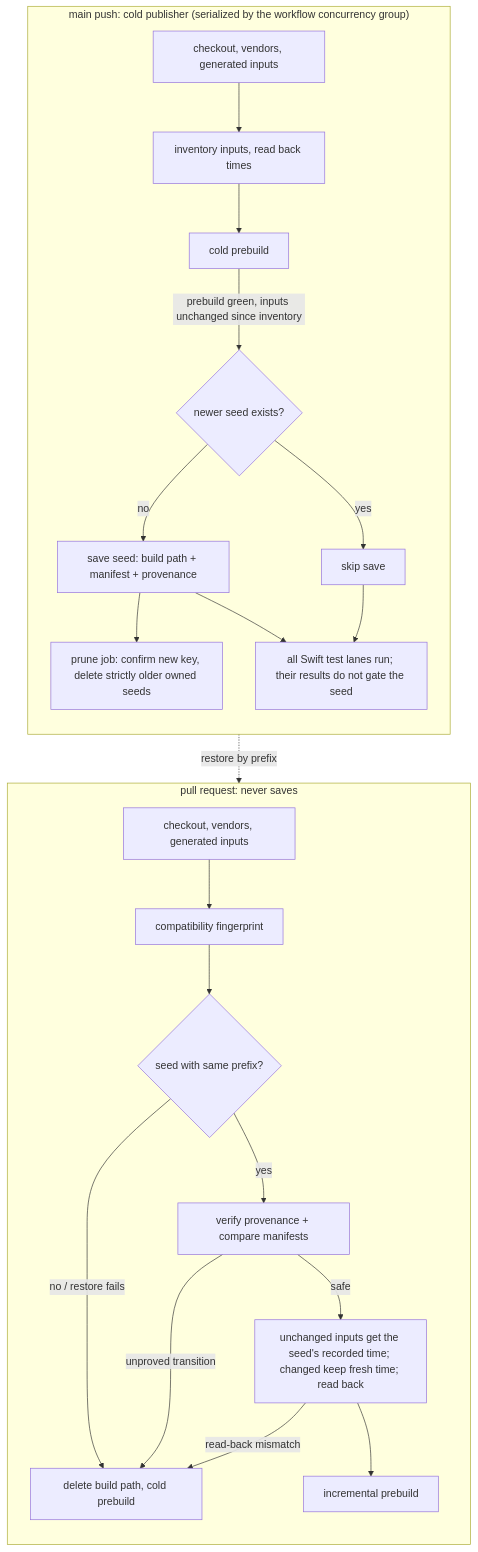
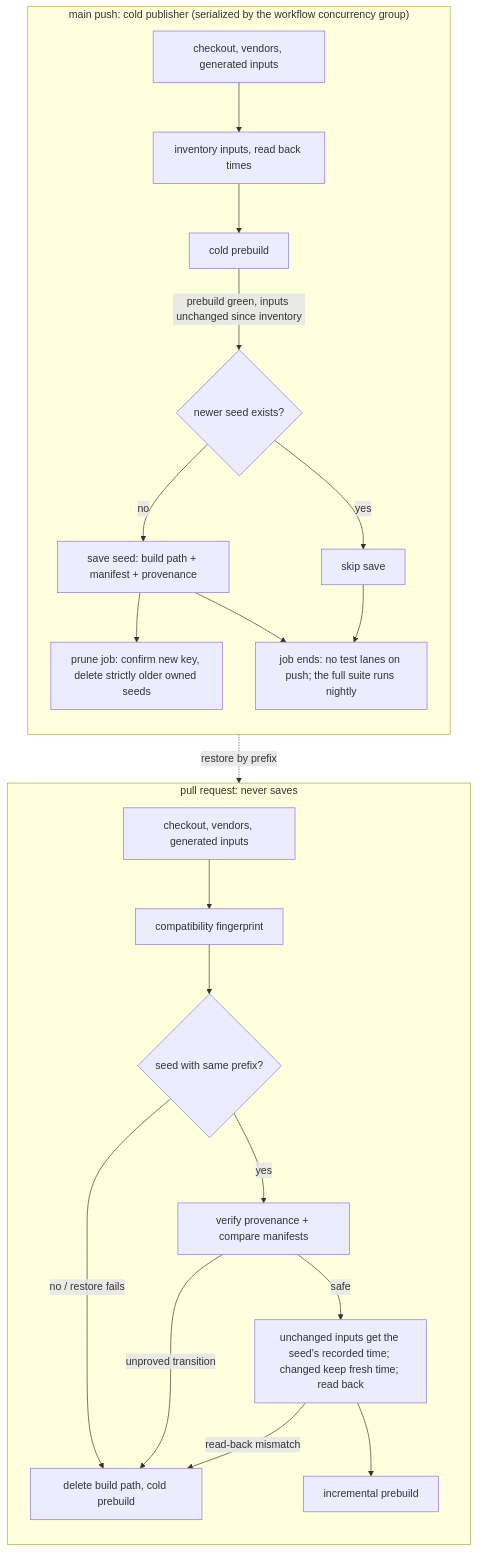
Before and after one commit to ShravanSunder/agentstudio: the diagram in docs/specs/2026-09-27-ci-swift-build-cache/2026-09-27-ci-swift-build-cache-program-design.md, drawn with Mermaid. The commit also changed other lines of this file and 3 other files, not shown here.

First line of the commit message:
Document the minimal main push and nightly full suite

````diff
--- a/docs/specs/2026-09-27-ci-swift-build-cache/2026-09-27-ci-swift-build-cache-program-design.md
+++ b/docs/specs/2026-09-27-ci-swift-build-cache/2026-09-27-ci-swift-build-cache-program-design.md
@@ -11,26 +11,26 @@
 ```mermaid
 flowchart TD
   subgraph main["main push: cold publisher (serialized by the workflow concurrency group)"]
     direction TB
     M1[checkout, vendors, generated inputs] --> M2[inventory inputs, read back times]
     M2 --> M3[cold prebuild]
     M3 -->|prebuild green, inputs unchanged since inventory| M4{newer seed exists?}
     M4 -->|no| M5[save seed: build path + manifest + provenance]
     M4 -->|yes| M7[skip save]
     M5 --> M6[prune job: confirm new key, delete strictly older owned seeds]
-    M5 --> M8[all Swift test lanes run; their results do not gate the seed]
+    M5 --> M8[job ends: no test lanes on push; the full suite runs nightly]
     M7 --> M8
   end
   subgraph pr["pull request: never saves"]
     direction TB
     P1[checkout, vendors, generated inputs] --> P2[compatibility fingerprint]
     P2 --> P3{seed with same prefix?}
     P3 -->|no / restore fails| P9[delete build path, cold prebuild]
     P3 -->|yes| P4[verify provenance + compare manifests]
     P4 -->|unproved transition| P9
     P4 -->|safe| P5[unchanged inputs get the seed's recorded time; changed keep fresh time; read back]
     P5 -->|read-back mismatch| P9
     P5 --> P6[incremental prebuild]
   end
   M5 -. restore by prefix .-> P3
 ```
````
